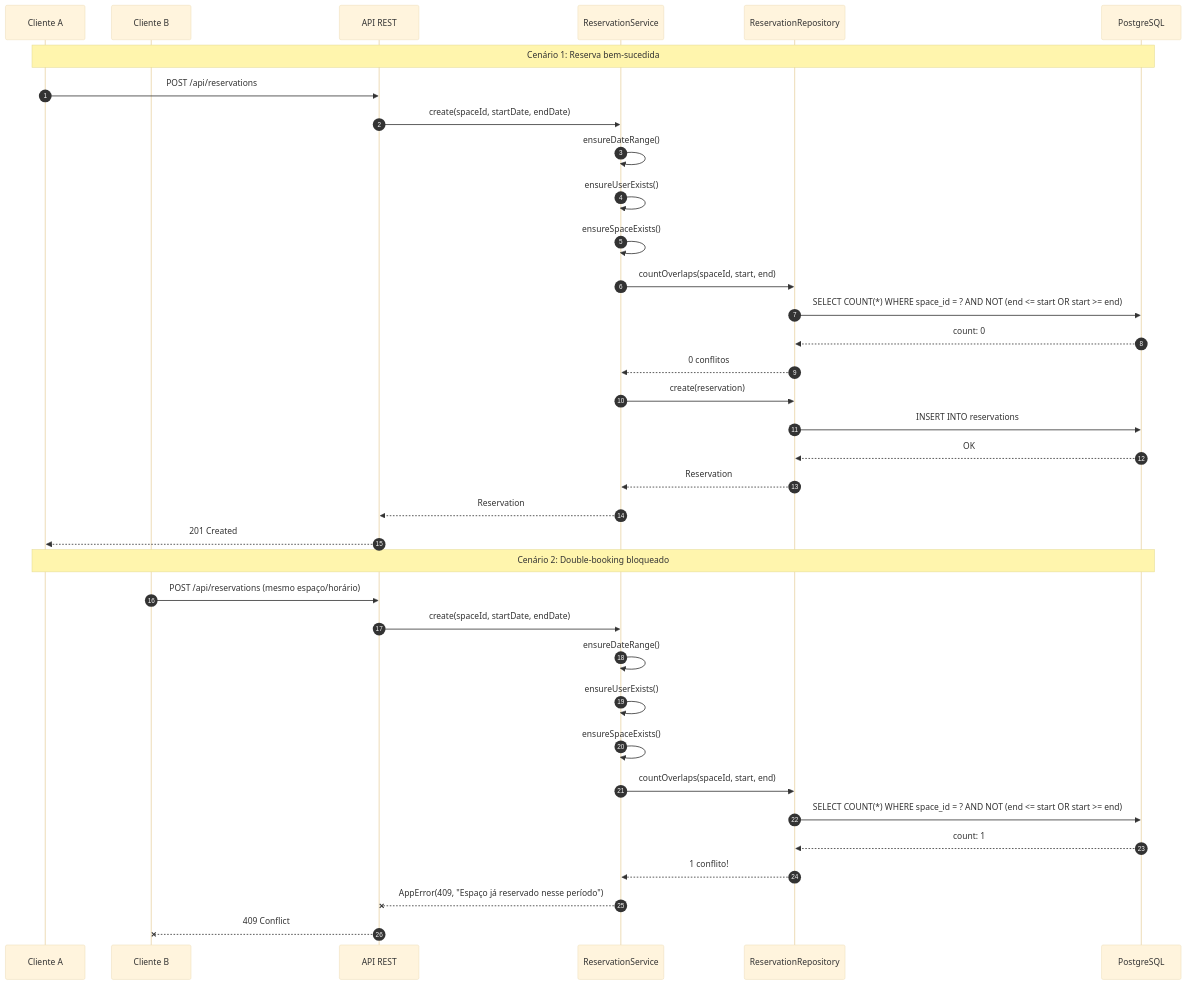
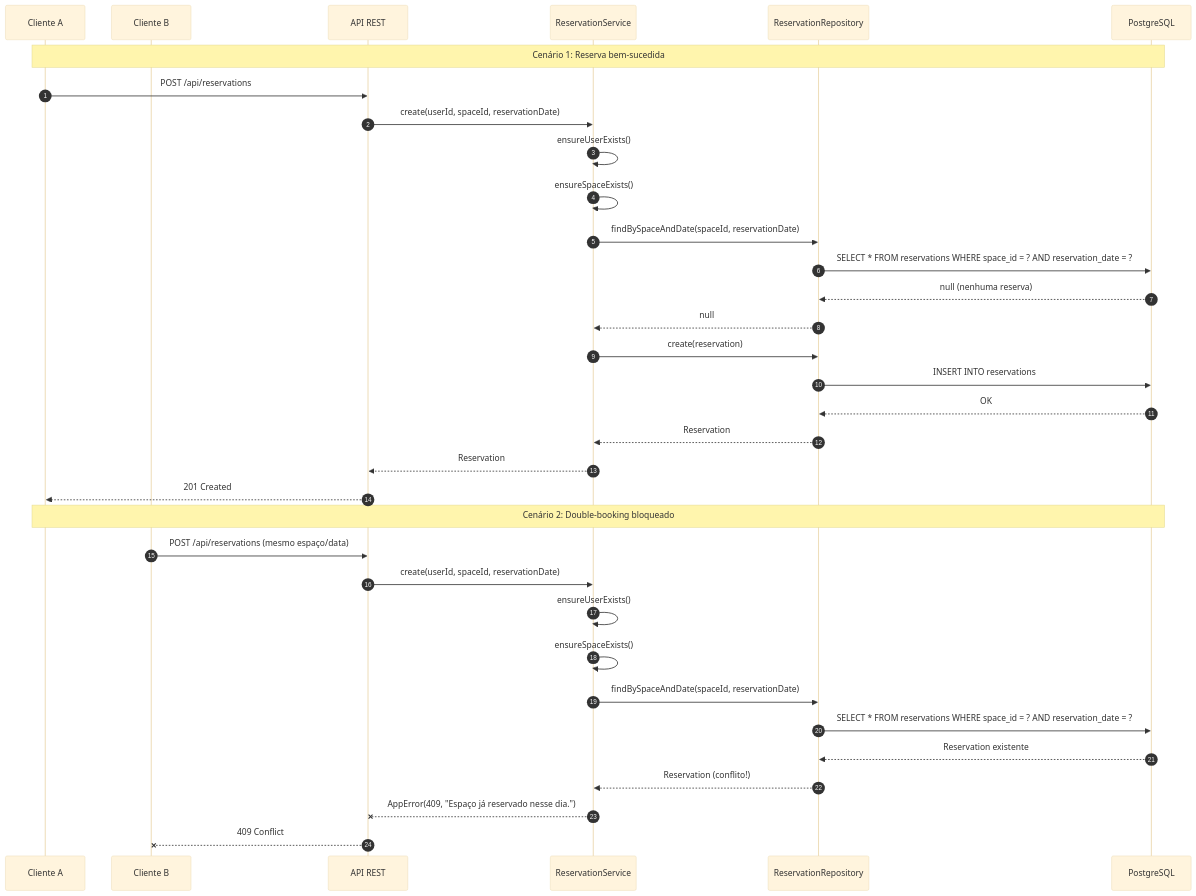
The diagram in uml/diagrama-sequencia-double-booking.mmd (Ribapax/desSoft2502), drawn with Mermaid (base theme) before and after one commit. The commit also changed 2 other files, not shown here.

Commit message:
feat: add check-in and check-out time fields to reservation components and update sequence diagram for double-booking scenario

```diff
--- a/uml/diagrama-sequencia-double-booking.mmd
+++ b/uml/diagrama-sequencia-double-booking.mmd
@@ -1,41 +1,39 @@
 sequenceDiagram
     autonumber
     
     participant C1 as Cliente A
     participant C2 as Cliente B
     participant API as API REST
     participant RS as ReservationService
     participant REPO as ReservationRepository
     participant DB as PostgreSQL
 
     Note over C1,DB: Cenário 1: Reserva bem-sucedida
 
     C1->>API: POST /api/reservations
-    API->>RS: create(spaceId, startDate, endDate)
-    RS->>RS: ensureDateRange()
+    API->>RS: create(userId, spaceId, reservationDate)
     RS->>RS: ensureUserExists()
     RS->>RS: ensureSpaceExists()
-    RS->>REPO: countOverlaps(spaceId, start, end)
-    REPO->>DB: SELECT COUNT(*) WHERE space_id = ? AND NOT (end <= start OR start >= end)
-    DB-->>REPO: count: 0
-    REPO-->>RS: 0 conflitos
+    RS->>REPO: findBySpaceAndDate(spaceId, reservationDate)
+    REPO->>DB: SELECT * FROM reservations WHERE space_id = ? AND reservation_date = ?
+    DB-->>REPO: null (nenhuma reserva)
+    REPO-->>RS: null
     RS->>REPO: create(reservation)
     REPO->>DB: INSERT INTO reservations
     DB-->>REPO: OK
     REPO-->>RS: Reservation
     RS-->>API: Reservation
     API-->>C1: 201 Created
 
     Note over C1,DB: Cenário 2: Double-booking bloqueado
 
-    C2->>API: POST /api/reservations (mesmo espaço/horário)
-    API->>RS: create(spaceId, startDate, endDate)
-    RS->>RS: ensureDateRange()
+    C2->>API: POST /api/reservations (mesmo espaço/data)
+    API->>RS: create(userId, spaceId, reservationDate)
     RS->>RS: ensureUserExists()
     RS->>RS: ensureSpaceExists()
-    RS->>REPO: countOverlaps(spaceId, start, end)
-    REPO->>DB: SELECT COUNT(*) WHERE space_id = ? AND NOT (end <= start OR start >= end)
-    DB-->>REPO: count: 1
-    REPO-->>RS: 1 conflito!
-    RS--xAPI: AppError(409, "Espaço já reservado nesse período")
+    RS->>REPO: findBySpaceAndDate(spaceId, reservationDate)
+    REPO->>DB: SELECT * FROM reservations WHERE space_id = ? AND reservation_date = ?
+    DB-->>REPO: Reservation existente
+    REPO-->>RS: Reservation (conflito!)
+    RS--xAPI: AppError(409, "Espaço já reservado nesse dia.")
     API--xC2: 409 Conflict
```
